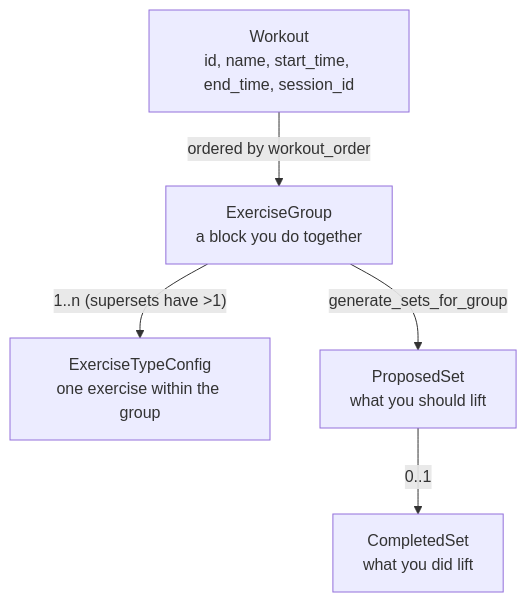
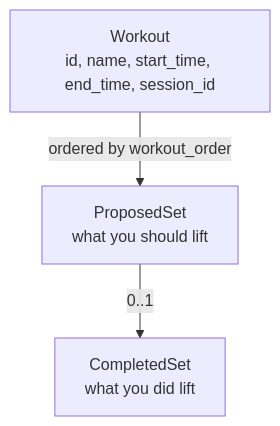
One commit to brensch/lift changed the second of 7 diagrams in docs/architecture/workout-lifecycle.md. Above: the diagram before and after it, drawn with Mermaid. The commit also changed other lines of this file and 52 other files, not shown here.

````diff
--- a/docs/architecture/workout-lifecycle.md
+++ b/docs/architecture/workout-lifecycle.md
@@ -23,13 +23,9 @@
 ```mermaid
 graph TD
     W["Workout<br/>id, name, start_time, end_time, session_id"]
-    EG["ExerciseGroup<br/>a block you do together"]
-    ETC["ExerciseTypeConfig<br/>one exercise within the group"]
     PS["ProposedSet<br/>what you should lift"]
     CS["CompletedSet<br/>what you did lift"]
 
-    W -->|"ordered by workout_order"| EG
-    EG -->|"1..n (supersets have >1)"| ETC
-    EG -->|"generate_sets_for_group"| PS
+    W -->|"ordered by workout_order"| PS
     PS -->|"0..1"| CS
 ```
````
